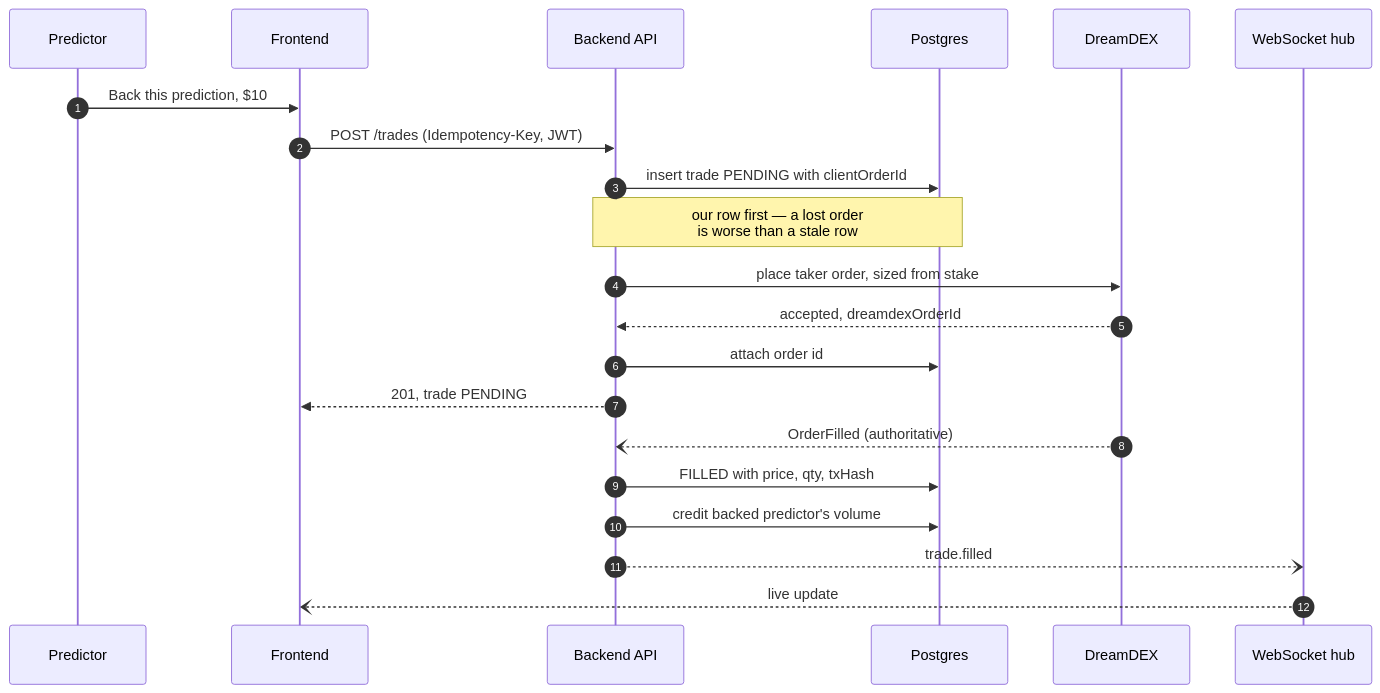
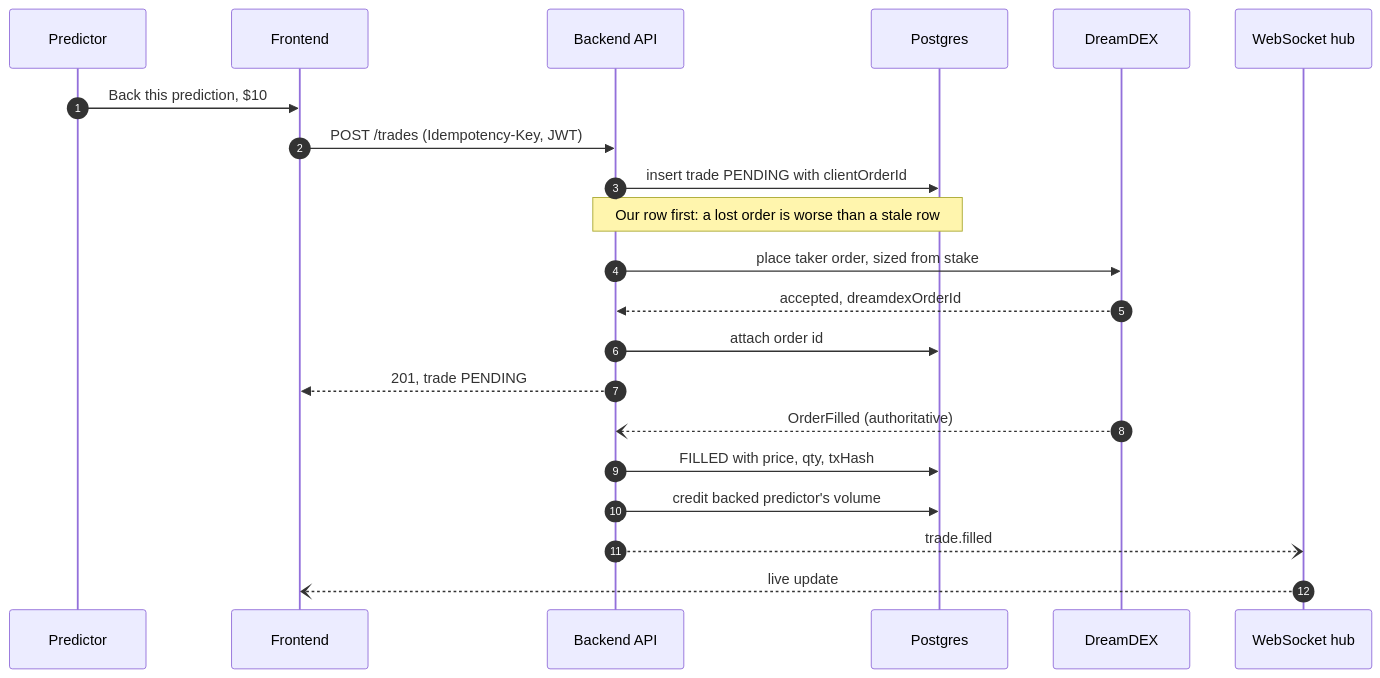
The fourth of 9 diagrams in docs/architecture.md (midexol/Oracle), drawn with Mermaid before and after one commit. The commit also changed other lines of this file and 4 other files, not shown here.

Commit message:
Fix Mermaid diagrams rendering across documentation and add dev:frontend script

````diff
--- a/docs/architecture.md
+++ b/docs/architecture.md
@@ -188,25 +173,25 @@
 ```mermaid
 sequenceDiagram
     autonumber
     participant U as Predictor
     participant FE as Frontend
     participant API as Backend API
     participant DB as Postgres
     participant DX as DreamDEX
     participant WS as WebSocket hub
 
     U->>FE: Back this prediction, $10
     FE->>API: POST /trades (Idempotency-Key, JWT)
     API->>DB: insert trade PENDING with clientOrderId
-    Note over API,DB: our row first — a lost order<br/>is worse than a stale row
+    Note over API,DB: Our row first: a lost order is worse than a stale row
     API->>DX: place taker order, sized from stake
     DX-->>API: accepted, dreamdexOrderId
     API->>DB: attach order id
     API-->>FE: 201, trade PENDING
 
     DX--)API: OrderFilled (authoritative)
     API->>DB: FILLED with price, qty, txHash
     API->>DB: credit backed predictor's volume
     API--)WS: trade.filled
     WS--)FE: live update
 ```
````
